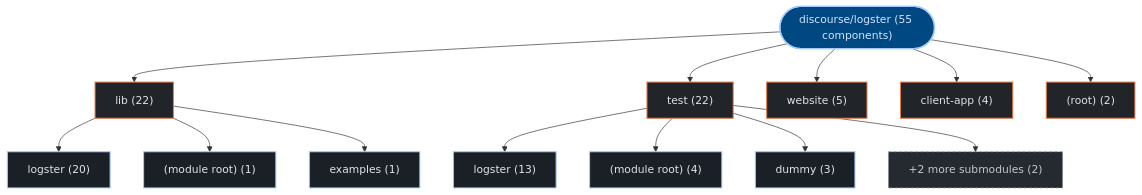
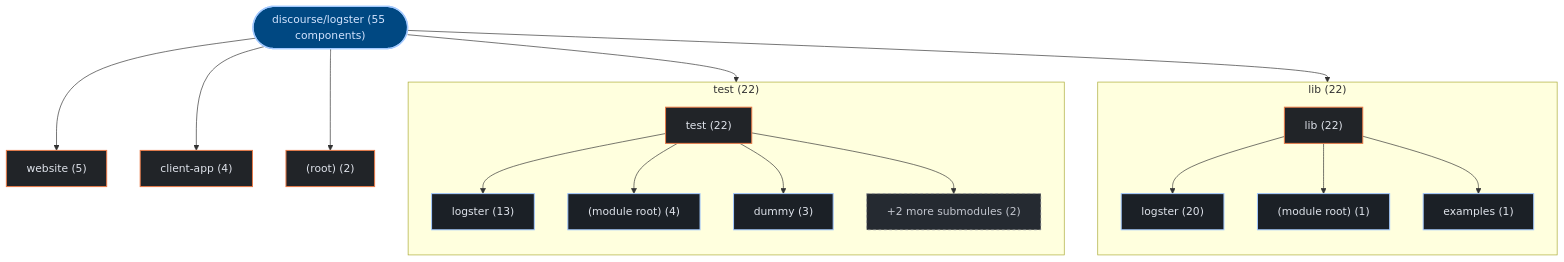
The first of 3 diagrams in exports/latest/reports/discourse-logster-report.md (kumarshaz/atruss-code-atlas), drawn with Mermaid before and after one commit. The commit also changed 178 other files, not shown here.

Commit message:
feat(ui,mermaid): upgrade to mermaid v12 + ELK layout, add orgs-summary + pagination, subgraph building blocks, fix tab alignment

````diff
--- a/exports/latest/reports/discourse-logster-report.md
+++ b/exports/latest/reports/discourse-logster-report.md
@@ -42,35 +42,41 @@
 ```mermaid
 graph TD;
   classDef atlasRoot fill:#004882,stroke:#a3c9ff,stroke-width:2px,color:#d3e4ff
   classDef atlasCategory fill:#212428,stroke:#E87A48,stroke-width:1.5px,color:#dfe3eb
   classDef atlasWorkflow fill:#1b2026,stroke:#a3c9ff,stroke-width:1.5px,color:#dfe3eb
   classDef atlasJob fill:#171c22,stroke:#8d9199,stroke-width:1px,color:#dfe3eb
   classDef atlasTarget fill:#005227,stroke:#8bd99b,stroke-width:1.5px,color:#a7f6b6
   classDef atlasAlert fill:#93000a,stroke:#ffb4ab,stroke-width:1.5px,color:#ffdad6
   classDef atlasMore fill:#252a31,stroke:#8d9199,stroke-dasharray:4 4,color:#c3c6cf
     repo_root(["discourse/logster (55 components)"]):::atlasRoot
-    dir_0_lib["lib (22)"]:::atlasCategory
+    subgraph sg_dir_0_lib["lib (22)"]
+      direction TB
+      dir_0_lib["lib (22)"]:::atlasCategory
+      sub_0_0_logster["logster (20)"]:::atlasWorkflow
+      dir_0_lib --> sub_0_0_logster
+      sub_0_1__module_root_["(module root) (1)"]:::atlasWorkflow
+      dir_0_lib --> sub_0_1__module_root_
+      sub_0_2_examples["examples (1)"]:::atlasWorkflow
+      dir_0_lib --> sub_0_2_examples
+    end
     repo_root --> dir_0_lib
-    sub_0_0_logster["logster (20)"]:::atlasWorkflow
-    dir_0_lib --> sub_0_0_logster
-    sub_0_1__module_root_["(module root) (1)"]:::atlasWorkflow
-    dir_0_lib --> sub_0_1__module_root_
-    sub_0_2_examples["examples (1)"]:::atlasWorkflow
-    dir_0_lib --> sub_0_2_examples
-    dir_1_test["test (22)"]:::atlasCategory
+    subgraph sg_dir_1_test["test (22)"]
+      direction TB
+      dir_1_test["test (22)"]:::atlasCategory
+      sub_1_0_logster["logster (13)"]:::atlasWorkflow
+      dir_1_test --> sub_1_0_logster
+      sub_1_1__module_root_["(module root) (4)"]:::atlasWorkflow
+      dir_1_test --> sub_1_1__module_root_
+      sub_1_2_dummy["dummy (3)"]:::atlasWorkflow
+      dir_1_test --> sub_1_2_dummy
+      sub_1_more["+2 more submodules (2)"]:::atlasMore
+      dir_1_test --> sub_1_more
+    end
     repo_root --> dir_1_test
-    sub_1_0_logster["logster (13)"]:::atlasWorkflow
-    dir_1_test --> sub_1_0_logster
-    sub_1_1__module_root_["(module root) (4)"]:::atlasWorkflow
-    dir_1_test --> sub_1_1__module_root_
-    sub_1_2_dummy["dummy (3)"]:::atlasWorkflow
-    dir_1_test --> sub_1_2_dummy
-    sub_1_more["+2 more submodules (2)"]:::atlasMore
-    dir_1_test --> sub_1_more
     dir_2_website["website (5)"]:::atlasCategory
     repo_root --> dir_2_website
     dir_3_client_app["client-app (4)"]:::atlasCategory
     repo_root --> dir_3_client_app
     dir_4__root_["(root) (2)"]:::atlasCategory
     repo_root --> dir_4__root_
 ```
````
